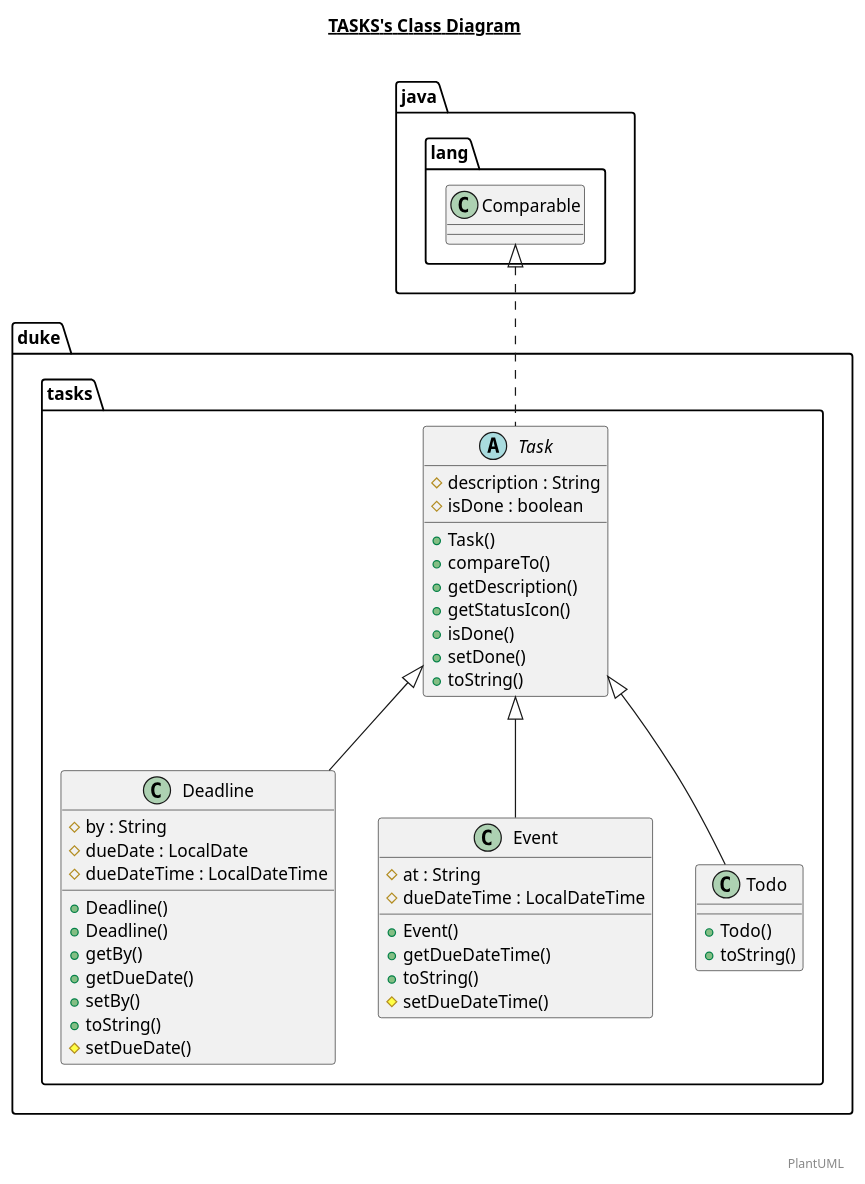
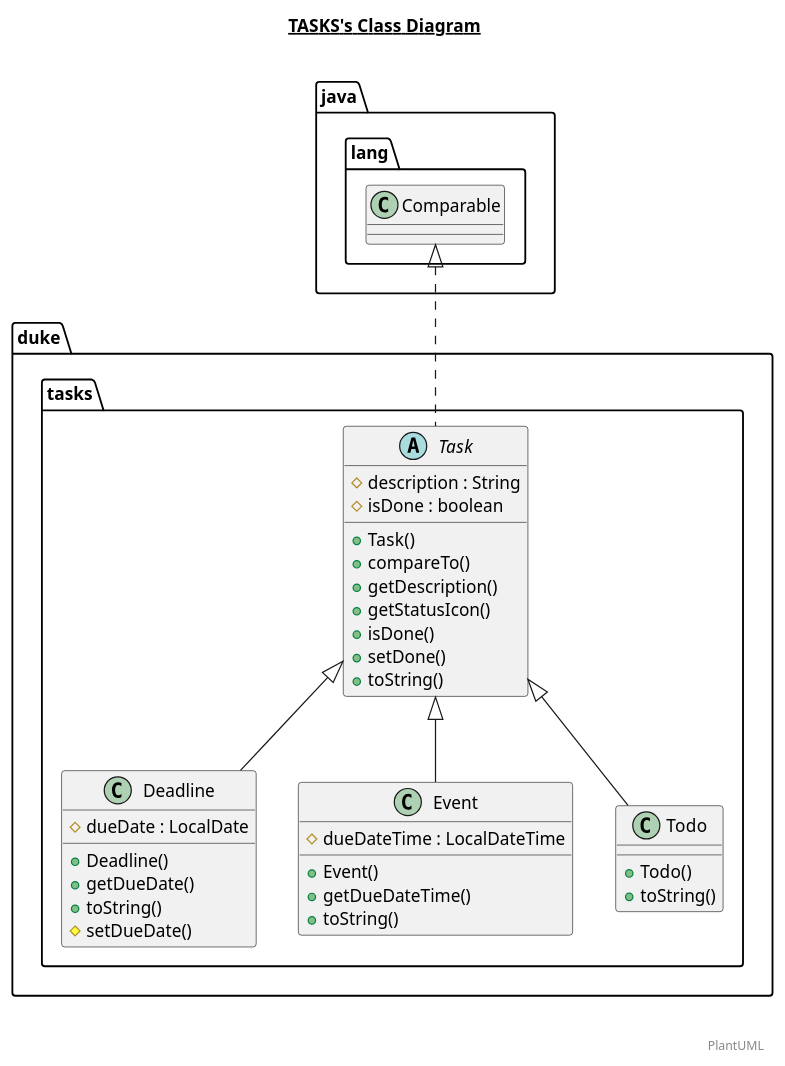
One commit to nus-tic4001-AY2021S1/ip changed the diagram in docs/diagrams/tasks.plantuml. Above: the diagram before and after it, drawn with PlantUML. The commit also changed 16 other files, not shown here.

```diff
--- a/docs/diagrams/tasks.plantuml
+++ b/docs/diagrams/tasks.plantuml
@@ -1,76 +1,69 @@
 @startuml
 
 title __TASKS's Class Diagram__\n
 
   namespace duke {
     namespace tasks {
       class duke.tasks.Deadline {
-          # by : String
           # dueDate : LocalDate
-          # dueDateTime : LocalDateTime
           + Deadline()
-          + Deadline()
-          + getBy()
           + getDueDate()
-          + setBy()
           + toString()
           # setDueDate()
       }
     }
   }
   
 
   namespace duke {
     namespace tasks {
       class duke.tasks.Event {
-          # at : String
           # dueDateTime : LocalDateTime
           + Event()
           + getDueDateTime()
           + toString()
-          # setDueDateTime()
       }
     }
   }
   
 
   namespace duke {
     namespace tasks {
       abstract class duke.tasks.Task {
           # description : String
           # isDone : boolean
           + Task()
           + compareTo()
           + getDescription()
           + getStatusIcon()
           + isDone()
           + setDone()
           + toString()
       }
     }
   }
   
 
   namespace duke {
     namespace tasks {
       class duke.tasks.Todo {
           + Todo()
           + toString()
       }
     }
   }
   
 
   duke.tasks.Deadline -up-|> duke.tasks.Task
   duke.tasks.Event -up-|> duke.tasks.Task
   duke.tasks.Task .up.|> java.lang.Comparable
   duke.tasks.Todo -up-|> duke.tasks.Task
 
 
 right footer
 
 
 PlantUML
 endfooter
 
 @enduml
```
